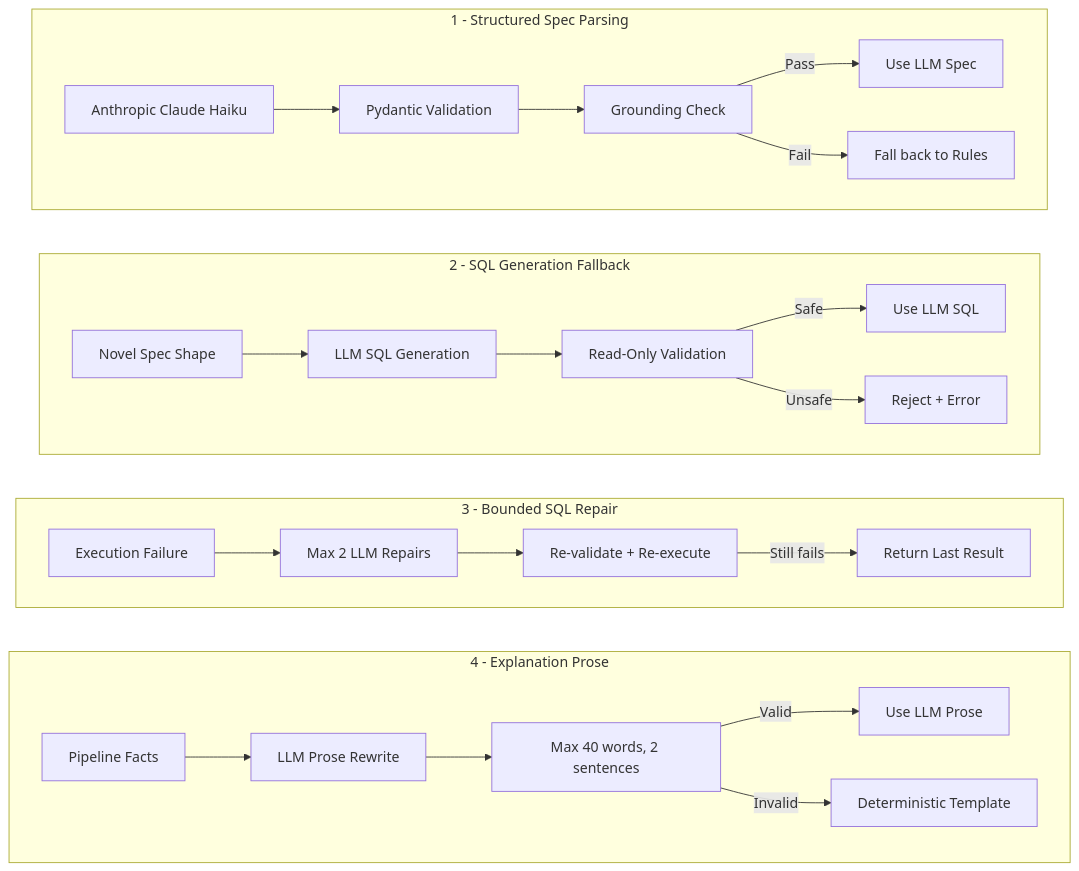
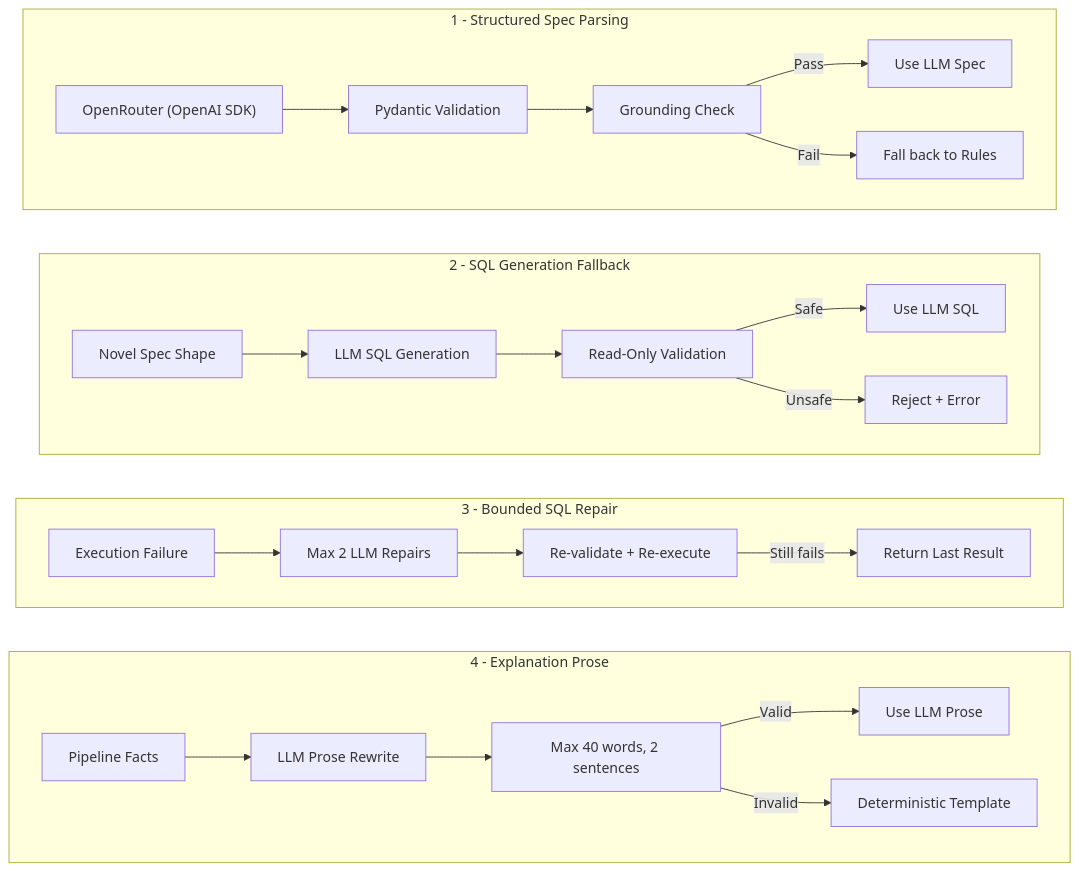
One commit to mudgalma/text-to-sql changed the fifth of 7 diagrams in README.md. Above: the diagram before and after it, drawn with Mermaid. The commit also changed other lines of this file and 6 other files, not shown here.

First line of the commit message:
feat: migrate LLM features from Anthropic to OpenRouter via OpenAI SDK

````diff
--- a/README.md
+++ b/README.md
@@ -334,37 +334,37 @@
 ```mermaid
 flowchart TB
     subgraph S1["1 - Structured Spec Parsing"]
         direction LR
-        A1["Anthropic Claude Haiku"] --> B1["Pydantic Validation"]
+        A1["OpenRouter (OpenAI SDK)"] --> B1["Pydantic Validation"]
         B1 --> C1["Grounding Check"]
         C1 -->|Pass| D1["Use LLM Spec"]
         C1 -->|Fail| E1["Fall back to Rules"]
     end
 
     subgraph S2["2 - SQL Generation Fallback"]
         direction LR
         A2["Novel Spec Shape"] --> B2["LLM SQL Generation"]
         B2 --> C2["Read-Only Validation"]
         C2 -->|Safe| D2["Use LLM SQL"]
         C2 -->|Unsafe| E2["Reject + Error"]
     end
 
     subgraph S3["3 - Bounded SQL Repair"]
         direction LR
         A3["Execution Failure"] --> B3["Max 2 LLM Repairs"]
         B3 --> C3["Re-validate + Re-execute"]
         C3 -->|Still fails| D3["Return Last Result"]
     end
 
     subgraph S4["4 - Explanation Prose"]
         direction LR
         A4["Pipeline Facts"] --> B4["LLM Prose Rewrite"]
         B4 --> C4["Max 40 words, 2 sentences"]
         C4 -->|Valid| D4["Use LLM Prose"]
         C4 -->|Invalid| E4["Deterministic Template"]
     end
 
     S1 ~~~ S2
     S2 ~~~ S3
     S3 ~~~ S4
 ```
````
